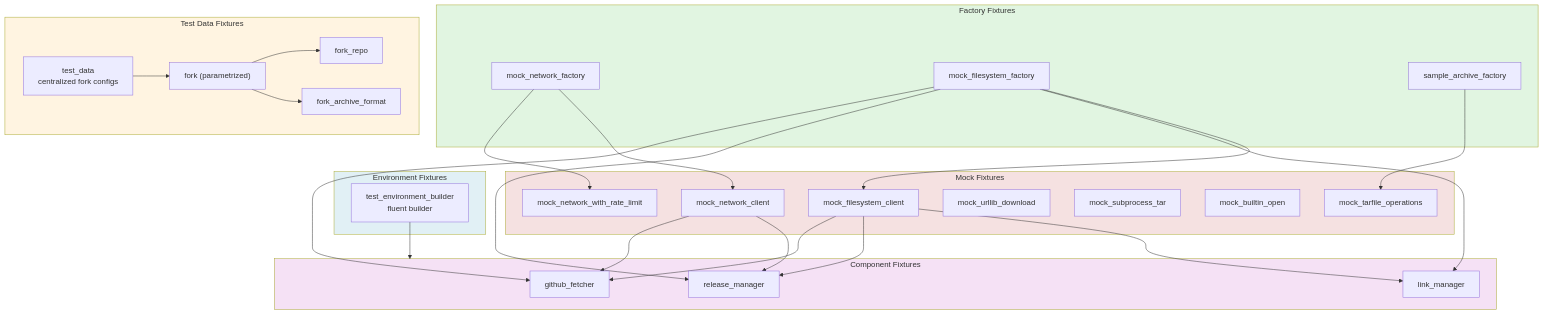
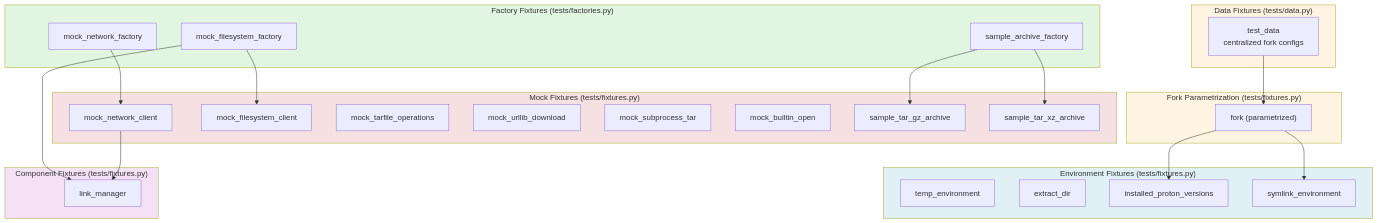
The fifth of 16 diagrams in tests/TEST_DESIGN.md (WombatFromHell/protonge-fetcher), drawn with Mermaid before and after one commit. The commit also changed other lines of this file and 44 other files, not shown here.

````diff
--- a/tests/TEST_DESIGN.md
+++ b/tests/TEST_DESIGN.md
@@ -226,61 +227,57 @@
 ```mermaid
 graph TD
-    subgraph FACTORIES["Factory Fixtures"]
+    subgraph DATA["Data Fixtures (tests/data.py)"]
+        TEST_DATA["test_data<br/>centralized fork configs"]
+    end
+
+    subgraph FACTORIES["Factory Fixtures (tests/factories.py)"]
         NET_FACTORY["mock_network_factory"]
         FS_FACTORY["mock_filesystem_factory"]
         ARCHIVE_FACTORY["sample_archive_factory"]
     end
 
-    subgraph ENVIRONMENT["Environment Fixtures"]
-        ENV_BUILDER["test_environment_builder<br/>fluent builder"]
+    subgraph ENVIRONMENT["Environment Fixtures (tests/fixtures.py)"]
+        TEMP_ENV["temp_environment"]
+        EXTRACT_DIR["extract_dir"]
+        INSTALLED["installed_proton_versions"]
+        SYMLINK_ENV["symlink_environment"]
     end
 
-    subgraph DATA["Test Data Fixtures"]
-        TEST_DATA["test_data<br/>centralized fork configs"]
+    subgraph FORK_PARAM["Fork Parametrization (tests/fixtures.py)"]
         FORK_FIXTURE["fork (parametrized)"]
-        FORK_REPO["fork_repo"]
-        FORK_FORMAT["fork_archive_format"]
     end
 
-    subgraph COMPONENTS["Component Fixtures"]
-        RM_FIXTURE["release_manager"]
+    subgraph COMPONENTS["Component Fixtures (tests/fixtures.py)"]
         LM_FIXTURE["link_manager"]
-        GF_FIXTURE["github_fetcher"]
     end
 
-    subgraph MOCKS["Mock Fixtures"]
+    subgraph MOCKS["Mock Fixtures (tests/fixtures.py)"]
         NET_CLIENT["mock_network_client"]
         FS_CLIENT["mock_filesystem_client"]
         TAR_OPS["mock_tarfile_operations"]
         URL_DL["mock_urllib_download"]
         SUB_TAR["mock_subprocess_tar"]
         BUILTIN_OPEN["mock_builtin_open"]
-        RATE_LIMIT["mock_network_with_rate_limit"]
+        TAR_GZ["sample_tar_gz_archive"]
+        TAR_XZ["sample_tar_xz_archive"]
     end
 
     NET_FACTORY --> NET_CLIENT
-    NET_FACTORY --> RATE_LIMIT
     FS_FACTORY --> FS_CLIENT
     FS_FACTORY --> LM_FIXTURE
-    FS_FACTORY --> RM_FIXTURE
-    FS_FACTORY --> GF_FIXTURE
-    ARCHIVE_FACTORY --> TAR_OPS
+    ARCHIVE_FACTORY --> TAR_GZ
+    ARCHIVE_FACTORY --> TAR_XZ
 
-    FORK_FIXTURE --> FORK_REPO
-    FORK_FIXTURE --> FORK_FORMAT
+    FORK_FIXTURE --> INSTALLED
+    FORK_FIXTURE --> SYMLINK_ENV
     TEST_DATA --> FORK_FIXTURE
 
-    ENV_BUILDER --> COMPONENTS
-
-    NET_CLIENT --> RM_FIXTURE
-    NET_CLIENT --> GF_FIXTURE
-    FS_CLIENT --> LM_FIXTURE
-    FS_CLIENT --> RM_FIXTURE
-    FS_CLIENT --> GF_FIXTURE
+    NET_CLIENT --> LM_FIXTURE
 
     style FACTORIES fill:#e1f5e1
     style ENVIRONMENT fill:#e1f0f5
     style DATA fill:#fff4e1
+    style FORK_PARAM fill:#fff4e1
     style COMPONENTS fill:#f5e1f5
     style MOCKS fill:#f5e1e1
 ```
````
